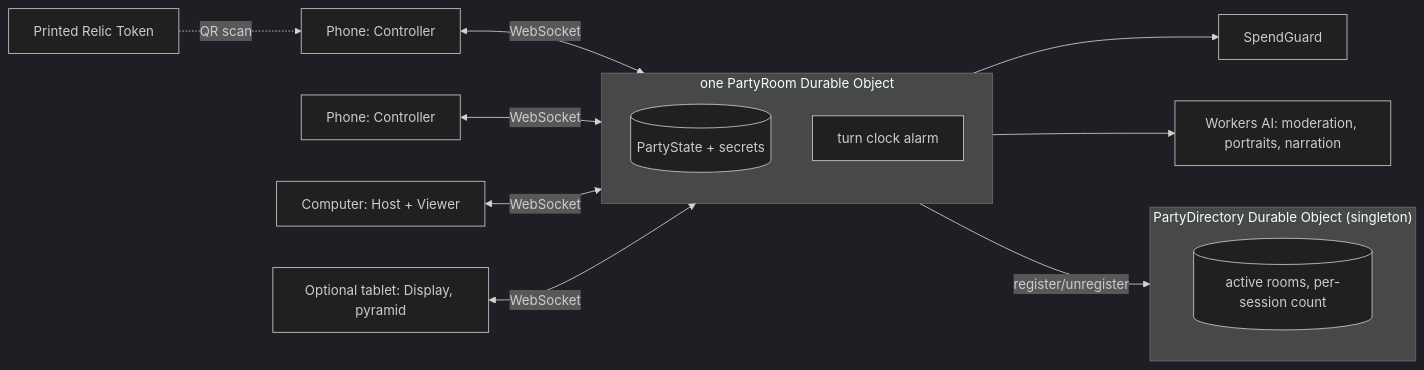
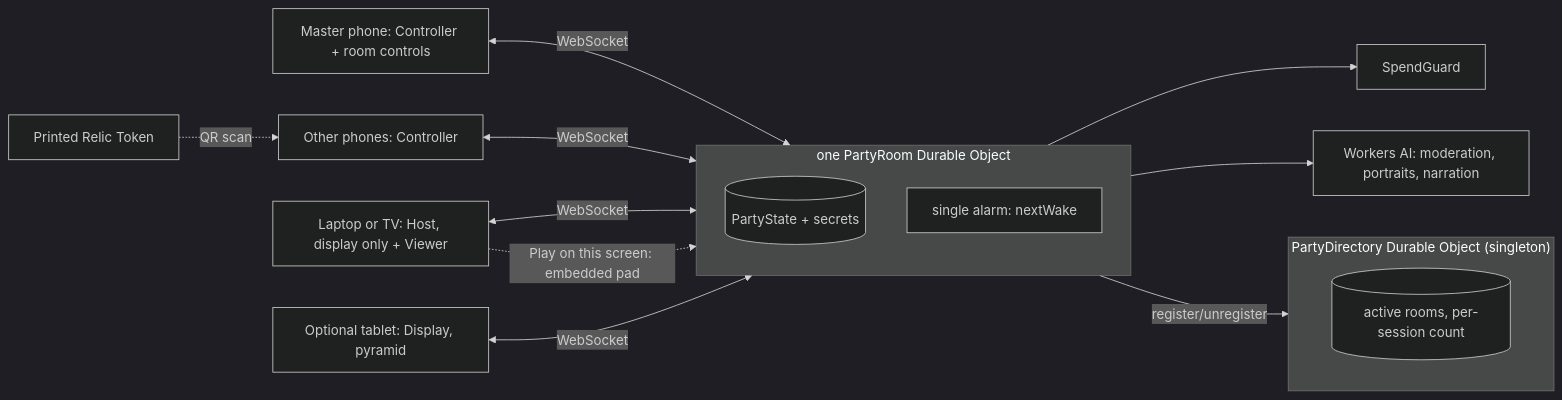
The first of 2 diagrams in .kiro/specs/party-mode/design.md (diydan/hauntology), drawn with Mermaid (dark theme) before and after one commit. The commit also changed other lines of this file and 21 other files, not shown here.

````diff
--- a/.kiro/specs/party-mode/design.md
+++ b/.kiro/specs/party-mode/design.md
@@ -19,18 +24,19 @@
 ```mermaid
 flowchart LR
   subgraph Room["one PartyRoom Durable Object"]
     S[(PartyState + secrets)]
-    C[turn clock alarm]
+    C[single alarm: nextWake]
   end
   subgraph Dir["PartyDirectory Durable Object (singleton)"]
     D[(active rooms, per-session count)]
   end
-  P1[Phone: Controller] <-- WebSocket --> Room
-  P2[Phone: Controller] <-- WebSocket --> Room
-  H[Computer: Host + Viewer] <-- WebSocket --> Room
+  M[Master phone: Controller + room controls] <-- WebSocket --> Room
+  P2[Other phones: Controller] <-- WebSocket --> Room
+  H[Laptop or TV: Host, display only + Viewer] <-- WebSocket --> Room
   D2[Optional tablet: Display, pyramid] <-- WebSocket --> Room
   Room --> G[SpendGuard]
   Room --> B[Workers AI: moderation, portraits, narration]
   Room -- register/unregister --> Dir
-  T[Printed Relic Token] -. QR scan .-> P1
+  T[Printed Relic Token] -. QR scan .-> P2
+  H -. "Play on this screen: embedded pad" .-> Room
 ```
````
